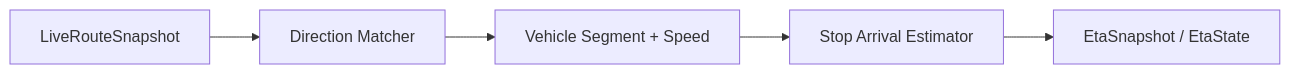
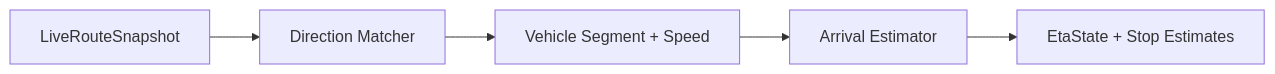
One commit to OneDirect-Macau/OneDirect-Open-Source changed the diagram in 01-bus-eta-engine/README.md. Above: the diagram before and after it, drawn with Mermaid. The commit also changed other lines of this file and 42 other files, not shown here.

````diff
--- a/01-bus-eta-engine/README.md
+++ b/01-bus-eta-engine/README.md
@@ -28,7 +79,7 @@
 ```mermaid
 flowchart LR
     A["LiveRouteSnapshot"] --> B["Direction Matcher"]
     B --> C["Vehicle Segment + Speed"]
-    C --> D["Stop Arrival Estimator"]
-    D --> E["EtaSnapshot / EtaState"]
+    C --> D["Arrival Estimator"]
+    D --> E["EtaState + Stop Estimates"]
 ```
````
